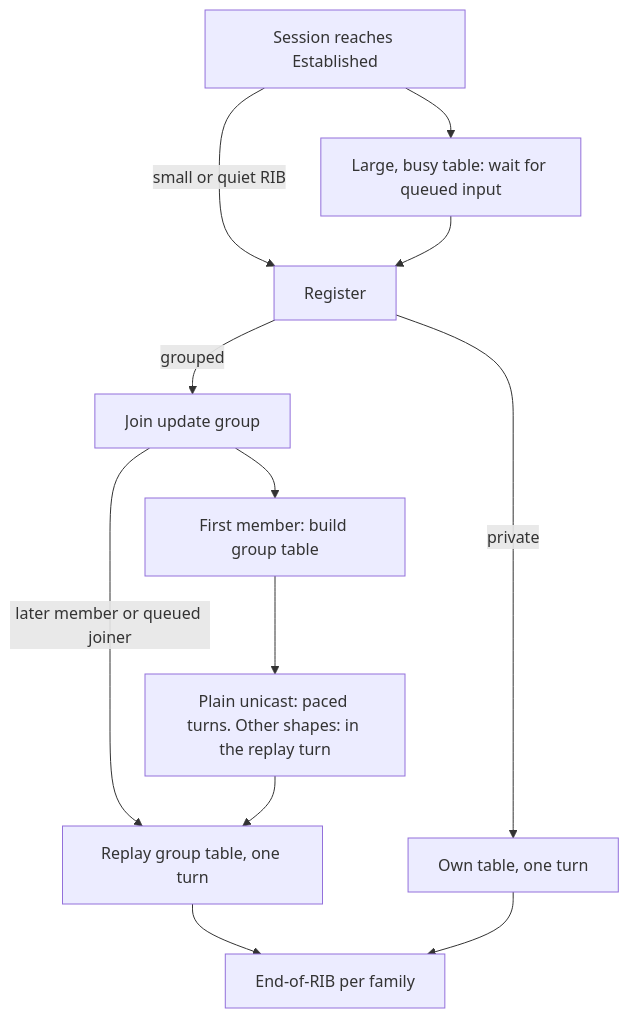
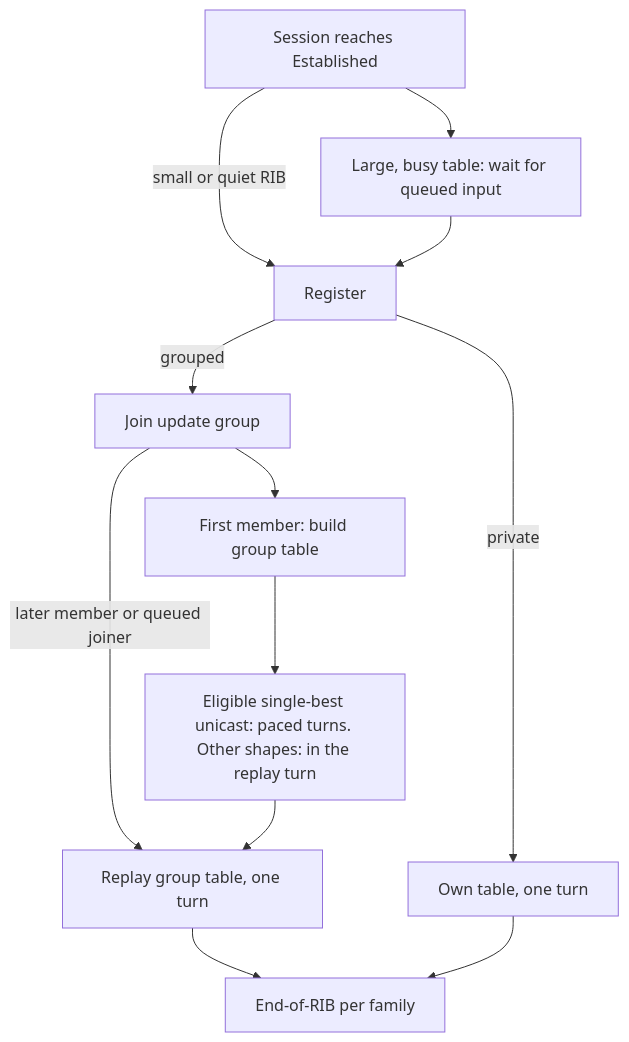
The second of 5 diagrams in docs/reference/rib-lifecycle.md (lance0/rustbgpd), drawn with Mermaid before and after one commit. The commit also changed other lines of this file and 28 other files, not shown here.

````diff
--- a/docs/reference/rib-lifecycle.md
+++ b/docs/reference/rib-lifecycle.md
@@ -252,14 +251,14 @@
 ```mermaid
 flowchart TD
     U["Session reaches Established"] --> W["Large, busy table: wait for queued input"]
     U -->|"small or quiet RIB"| J
     W --> J["Register"]
     J -->|"grouped"| E["Join update group"]
     J -->|"private"| V["Own table, one turn"]
     E --> F["First member: build group table"]
     E -->|"later member or queued joiner"| T
-    F --> N["Plain unicast: paced turns. Other shapes: in the replay turn"]
+    F --> N["Eligible single-best unicast: paced turns. Other shapes: in the replay turn"]
     N --> T["Replay group table, one turn"]
     T --> X["End-of-RIB per family"]
     V --> X
 ```
````
